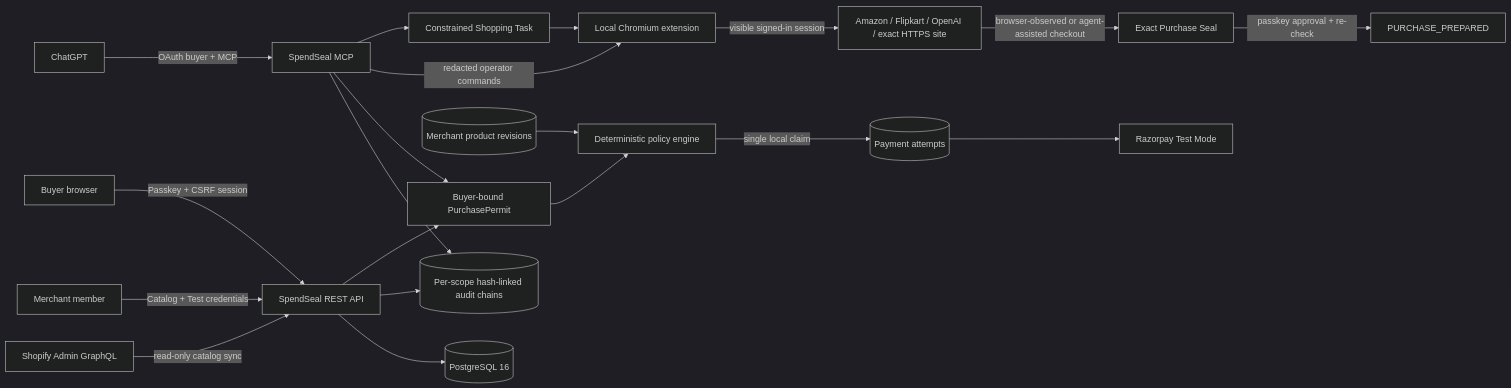
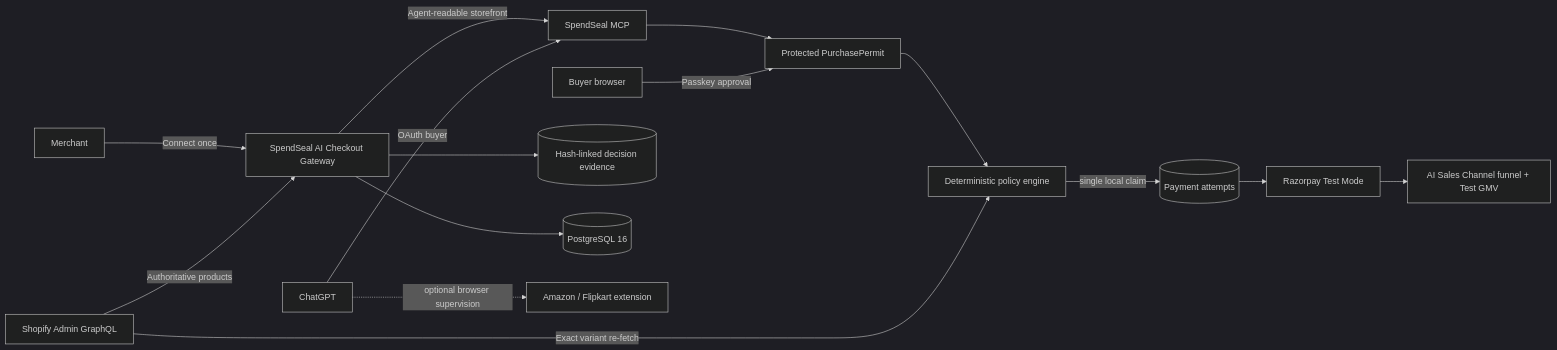
One commit to aryagupta-tech/SpendSeal changed the diagram in README.md. Above: the diagram before and after it, drawn with Mermaid (dark theme). The commit also changed other lines of this file and 12 other files, not shown here.

Commit message:
feat: add merchant AI sales channel

````diff
--- a/README.md
+++ b/README.md
@@ -328,22 +357,17 @@
 ```mermaid
 flowchart LR
-  GPT[ChatGPT] -->|OAuth buyer + MCP| MCP[SpendSeal MCP]
-  Browser[Buyer browser] -->|Passkey + CSRF session| API[SpendSeal REST API]
-  MCP --> Task[Constrained Shopping Task]
-  Task --> Extension[Local Chromium extension]
-  MCP -->|redacted operator commands| Extension
-  Extension -->|visible signed-in session| Sites[Amazon / Flipkart / OpenAI / exact HTTPS site]
-  Sites -->|browser-observed or agent-assisted checkout| Seal[Exact Purchase Seal]
-  Seal -->|passkey approval + re-check| Prepared[PURCHASE_PREPARED]
-  Merchant[Merchant member] -->|Catalog + Test credentials| API
-  Shopify[Shopify Admin GraphQL] -->|read-only catalog sync| API
-  MCP --> Lock[Buyer-bound PurchasePermit]
-  API --> Lock
+  Merchant[Merchant] -->|Connect once| Gateway[SpendSeal AI Checkout Gateway]
+  Shopify[Shopify Admin GraphQL] -->|Authoritative products| Gateway
+  Gateway -->|Agent-readable storefront| MCP[SpendSeal MCP]
+  GPT[ChatGPT] -->|OAuth buyer| MCP
+  MCP --> Lock[Protected PurchasePermit]
+  Buyer[Buyer browser] -->|Passkey approval| Lock
   Lock --> Policy[Deterministic policy engine]
-  Catalog[(Merchant product revisions)] --> Policy
+  Shopify -->|Exact variant re-fetch| Policy
   Policy -->|single local claim| Orders[(Payment attempts)]
   Orders --> Razorpay[Razorpay Test Mode]
-  API --> Audit[(Per-scope hash-linked audit chains)]
-  MCP --> Audit
-  API --> PG[(PostgreSQL 16)]
+  Razorpay --> Funnel[AI Sales Channel funnel + Test GMV]
+  Gateway --> Audit[(Hash-linked decision evidence)]
+  Gateway --> PG[(PostgreSQL 16)]
+  GPT -. optional browser supervision .-> Extension[Amazon / Flipkart extension]
 ```
````
